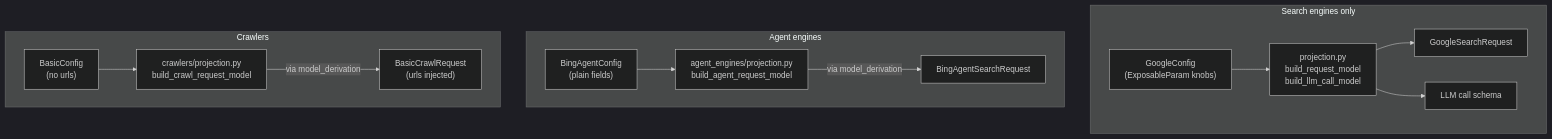
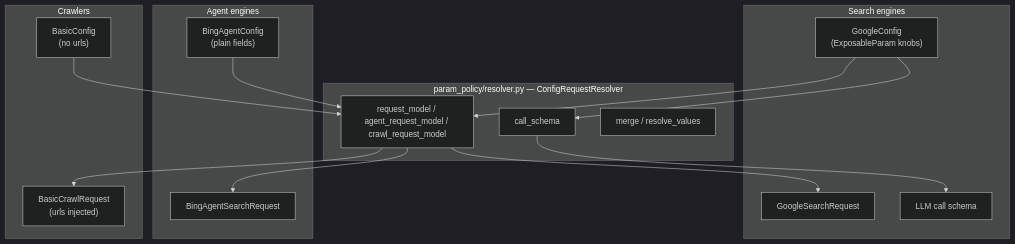
Before and after one commit to Unique-AG/ai: the second of 3 diagrams in connectors/unique_search_proxy/unique_search_proxy_core/README.md, drawn with Mermaid (dark theme). The commit also changed other lines of this file and 3 other files, not shown here.

First line of the commit message:
docs(search-proxy): document ConfigRequestResolver architecture

````diff
--- a/connectors/unique_search_proxy/unique_search_proxy_core/README.md
+++ b/connectors/unique_search_proxy/unique_search_proxy_core/README.md
@@ -64,28 +66,28 @@
 ```mermaid
 flowchart TB
-    subgraph search["Search engines only"]
+    subgraph resolver["param_policy/resolver.py — ConfigRequestResolver"]
+        RM["request_model / agent_request_model / crawl_request_model"]
+        CS["call_schema"]
+        MG["merge / resolve_values"]
+    end
+
+    subgraph search["Search engines"]
         GC["GoogleConfig\n(ExposableParam knobs)"]
-        Proj["projection.py\nbuild_request_model\nbuild_llm_call_model"]
         GSR["GoogleSearchRequest"]
         LLM["LLM call schema"]
-        GC --> Proj
-        Proj --> GSR
-        Proj --> LLM
+        GC --> RM --> GSR
+        GC --> CS --> LLM
     end
 
     subgraph agent["Agent engines"]
         BC["BingAgentConfig\n(plain fields)"]
-        AProj["agent_engines/projection.py\nbuild_agent_request_model"]
         BSR["BingAgentSearchRequest"]
-        BC --> AProj
-        AProj -->|"via model_derivation"| BSR
+        BC --> RM --> BSR
     end
 
     subgraph crawl["Crawlers"]
         BCrawl["BasicConfig\n(no urls)"]
-        CProj["crawlers/projection.py\nbuild_crawl_request_model"]
         BCR["BasicCrawlRequest\n(urls injected)"]
-        BCrawl --> CProj
-        CProj -->|"via model_derivation"| BCR
+        BCrawl --> RM --> BCR
     end
 ```
````
